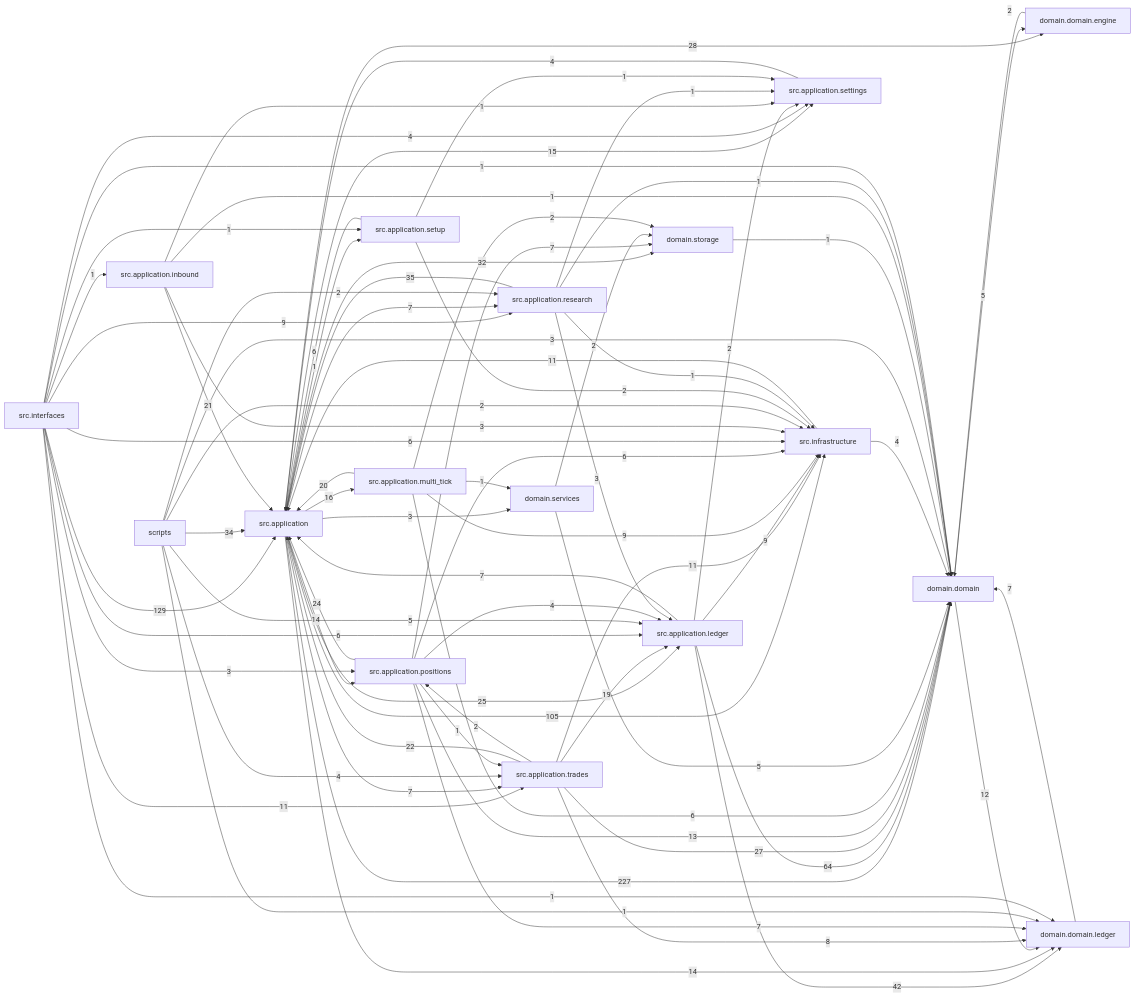
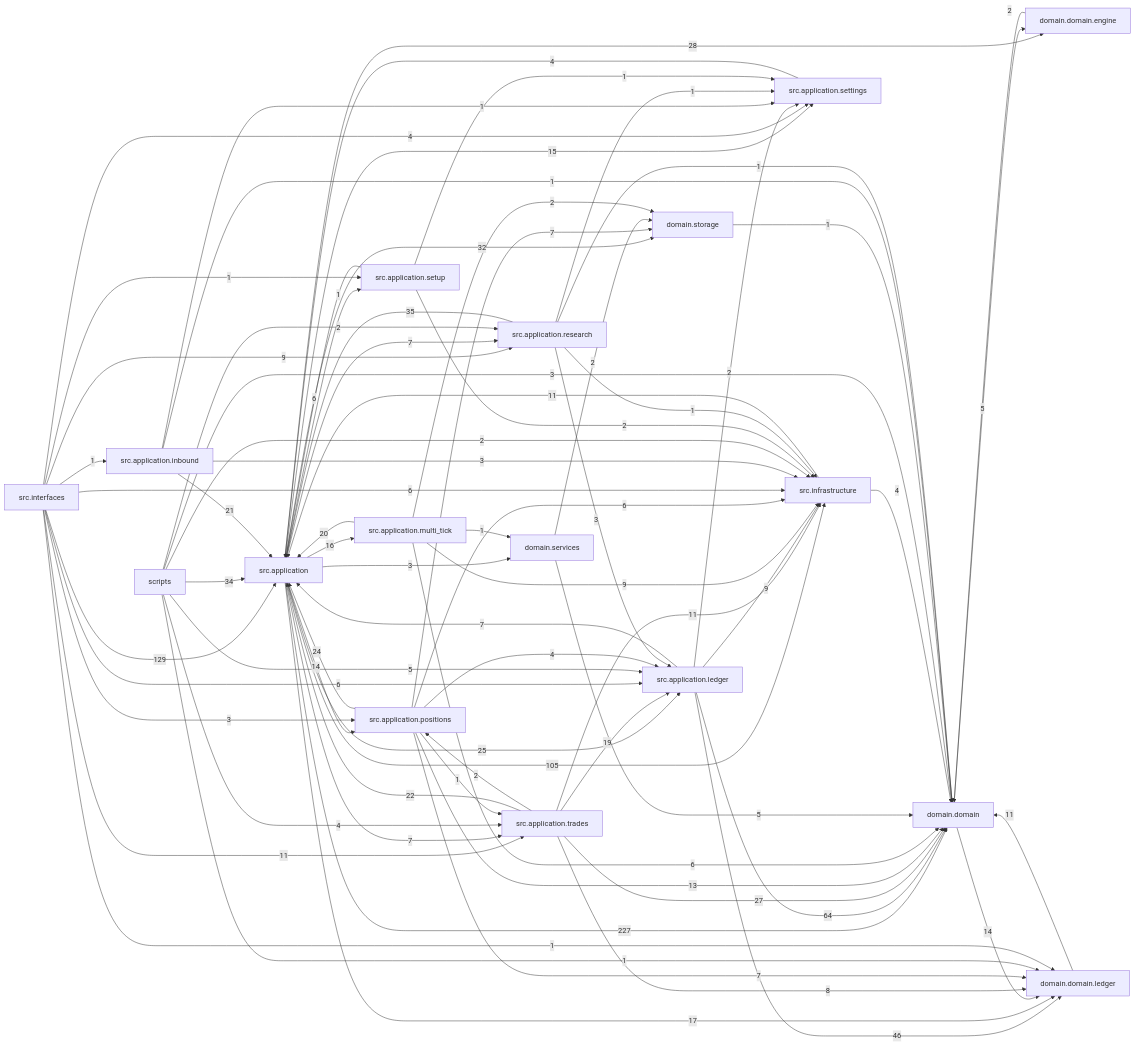
Before and after one commit to liuxie066/options-monitor: the diagram in docs/dependency_graph.mmd, drawn with Mermaid. The commit also changed 88 other files, not shown here.

```diff
--- a/docs/dependency_graph.mmd
+++ b/docs/dependency_graph.mmd
@@ -1,77 +1,76 @@
 flowchart LR
   src_application["src.application"] -->|227| domain_domain["domain.domain"]
   src_interfaces["src.interfaces"] -->|129| src_application["src.application"]
   src_application["src.application"] -->|105| src_infrastructure["src.infrastructure"]
   src_application_ledger["src.application.ledger"] -->|64| domain_domain["domain.domain"]
-  src_application_ledger["src.application.ledger"] -->|42| domain_domain_ledger["domain.domain.ledger"]
+  src_application_ledger["src.application.ledger"] -->|46| domain_domain_ledger["domain.domain.ledger"]
   src_application_research["src.application.research"] -->|35| src_application["src.application"]
   scripts["scripts"] -->|34| src_application["src.application"]
   src_application["src.application"] -->|32| domain_storage["domain.storage"]
   src_application["src.application"] -->|28| domain_domain_engine["domain.domain.engine"]
   src_application_trades["src.application.trades"] -->|27| domain_domain["domain.domain"]
   src_application["src.application"] -->|25| src_application_ledger["src.application.ledger"]
   src_application_positions["src.application.positions"] -->|24| src_application["src.application"]
   src_application_trades["src.application.trades"] -->|22| src_application["src.application"]
   src_application_inbound["src.application.inbound"] -->|21| src_application["src.application"]
   src_application_multi_tick["src.application.multi_tick"] -->|20| src_application["src.application"]
   src_application_trades["src.application.trades"] -->|19| src_application_ledger["src.application.ledger"]
+  src_application["src.application"] -->|17| domain_domain_ledger["domain.domain.ledger"]
   src_application["src.application"] -->|16| src_application_multi_tick["src.application.multi_tick"]
   src_application["src.application"] -->|15| src_application_settings["src.application.settings"]
-  src_application["src.application"] -->|14| domain_domain_ledger["domain.domain.ledger"]
+  domain_domain["domain.domain"] -->|14| domain_domain_ledger["domain.domain.ledger"]
   src_application["src.application"] -->|14| src_application_positions["src.application.positions"]
   src_application_positions["src.application.positions"] -->|13| domain_domain["domain.domain"]
-  domain_domain["domain.domain"] -->|12| domain_domain_ledger["domain.domain.ledger"]
+  domain_domain_ledger["domain.domain.ledger"] -->|11| domain_domain["domain.domain"]
   src_application_trades["src.application.trades"] -->|11| src_infrastructure["src.infrastructure"]
   src_infrastructure["src.infrastructure"] -->|11| src_application["src.application"]
   src_interfaces["src.interfaces"] -->|11| src_application_trades["src.application.trades"]
   src_application_ledger["src.application.ledger"] -->|9| src_infrastructure["src.infrastructure"]
   src_application_multi_tick["src.application.multi_tick"] -->|9| src_infrastructure["src.infrastructure"]
   src_interfaces["src.interfaces"] -->|9| src_application_research["src.application.research"]
   src_application_trades["src.application.trades"] -->|8| domain_domain_ledger["domain.domain.ledger"]
-  domain_domain_ledger["domain.domain.ledger"] -->|7| domain_domain["domain.domain"]
   src_application["src.application"] -->|7| src_application_research["src.application.research"]
   src_application["src.application"] -->|7| src_application_trades["src.application.trades"]
   src_application_ledger["src.application.ledger"] -->|7| src_application["src.application"]
   src_application_positions["src.application.positions"] -->|7| domain_domain_ledger["domain.domain.ledger"]
   src_application_positions["src.application.positions"] -->|7| domain_storage["domain.storage"]
   src_application_multi_tick["src.application.multi_tick"] -->|6| domain_domain["domain.domain"]
   src_application_positions["src.application.positions"] -->|6| src_infrastructure["src.infrastructure"]
   src_application_setup["src.application.setup"] -->|6| src_application["src.application"]
   src_interfaces["src.interfaces"] -->|6| src_application_ledger["src.application.ledger"]
   src_interfaces["src.interfaces"] -->|6| src_infrastructure["src.infrastructure"]
   domain_domain["domain.domain"] -->|5| domain_domain_engine["domain.domain.engine"]
   domain_services["domain.services"] -->|5| domain_domain["domain.domain"]
   scripts["scripts"] -->|5| src_application_ledger["src.application.ledger"]
   scripts["scripts"] -->|4| src_application_trades["src.application.trades"]
   src_application_positions["src.application.positions"] -->|4| src_application_ledger["src.application.ledger"]
   src_application_settings["src.application.settings"] -->|4| src_application["src.application"]
   src_infrastructure["src.infrastructure"] -->|4| domain_domain["domain.domain"]
   src_interfaces["src.interfaces"] -->|4| src_application_settings["src.application.settings"]
   scripts["scripts"] -->|3| domain_domain["domain.domain"]
   src_application["src.application"] -->|3| domain_services["domain.services"]
   src_application_inbound["src.application.inbound"] -->|3| src_infrastructure["src.infrastructure"]
   src_application_research["src.application.research"] -->|3| src_application_ledger["src.application.ledger"]
   src_interfaces["src.interfaces"] -->|3| src_application_positions["src.application.positions"]
   domain_domain_engine["domain.domain.engine"] -->|2| domain_domain["domain.domain"]
   domain_services["domain.services"] -->|2| domain_storage["domain.storage"]
   scripts["scripts"] -->|2| src_application_research["src.application.research"]
   scripts["scripts"] -->|2| src_infrastructure["src.infrastructure"]
   src_application_ledger["src.application.ledger"] -->|2| src_application_settings["src.application.settings"]
   src_application_multi_tick["src.application.multi_tick"] -->|2| domain_storage["domain.storage"]
   src_application_setup["src.application.setup"] -->|2| src_infrastructure["src.infrastructure"]
   src_application_trades["src.application.trades"] -->|2| src_application_positions["src.application.positions"]
   domain_storage["domain.storage"] -->|1| domain_domain["domain.domain"]
   scripts["scripts"] -->|1| domain_domain_ledger["domain.domain.ledger"]
   src_application["src.application"] -->|1| src_application_setup["src.application.setup"]
   src_application_inbound["src.application.inbound"] -->|1| domain_domain["domain.domain"]
   src_application_inbound["src.application.inbound"] -->|1| src_application_settings["src.application.settings"]
   src_application_multi_tick["src.application.multi_tick"] -->|1| domain_services["domain.services"]
   src_application_positions["src.application.positions"] -->|1| src_application_trades["src.application.trades"]
   src_application_research["src.application.research"] -->|1| domain_domain["domain.domain"]
   src_application_research["src.application.research"] -->|1| src_application_settings["src.application.settings"]
   src_application_research["src.application.research"] -->|1| src_infrastructure["src.infrastructure"]
   src_application_setup["src.application.setup"] -->|1| src_application_settings["src.application.settings"]
-  src_interfaces["src.interfaces"] -->|1| domain_domain["domain.domain"]
   src_interfaces["src.interfaces"] -->|1| domain_domain_ledger["domain.domain.ledger"]
   src_interfaces["src.interfaces"] -->|1| src_application_inbound["src.application.inbound"]
   src_interfaces["src.interfaces"] -->|1| src_application_setup["src.application.setup"]
```
